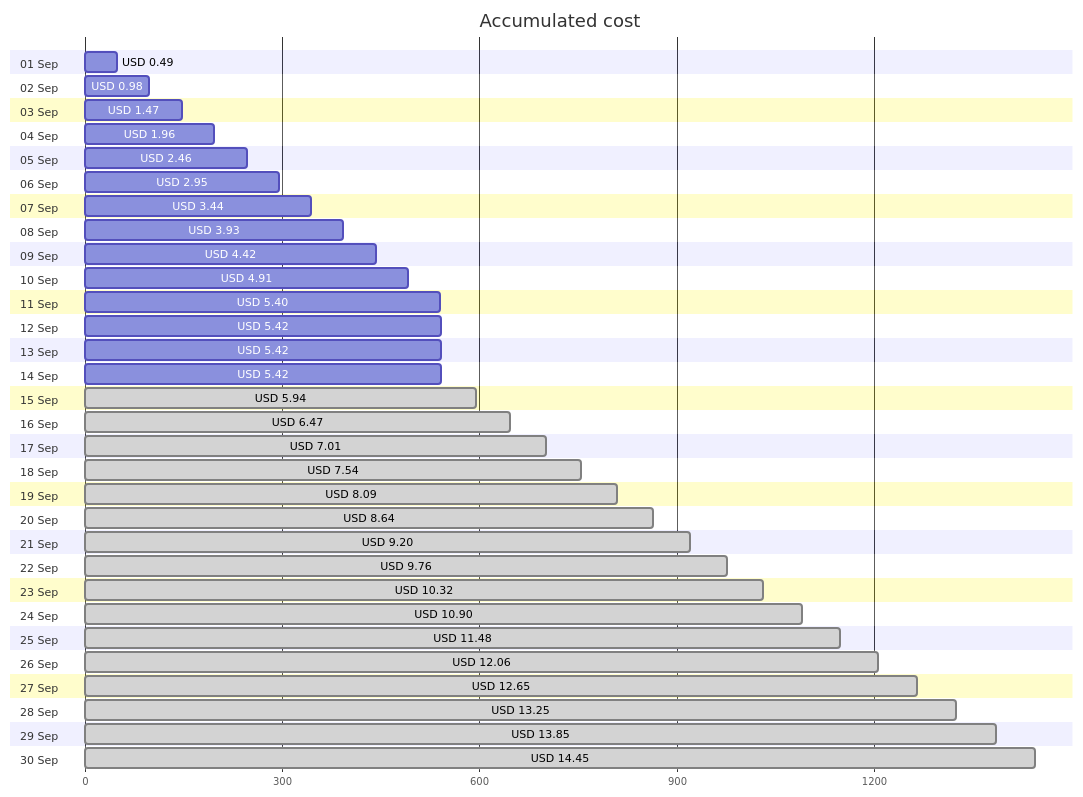
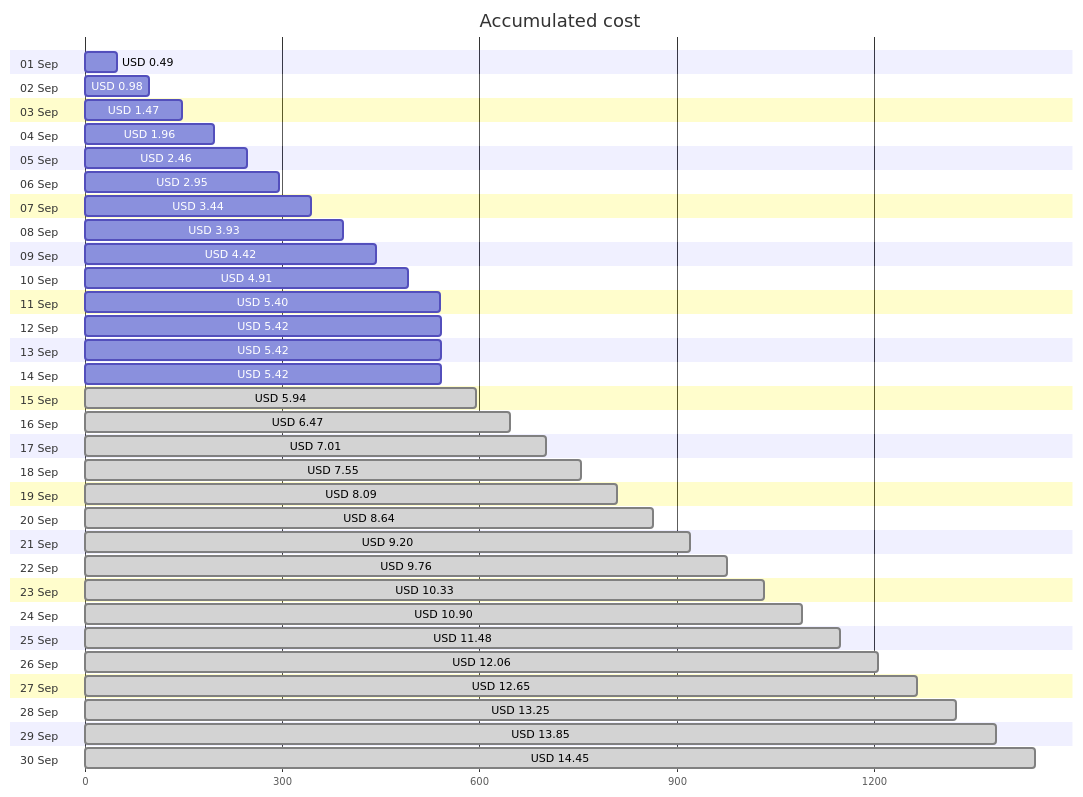
Before and after one commit to jpfulton/azure-personal-reports: the first of 4 diagrams in cost-reports/personal-site/personalsiteapipreview.md, drawn with Mermaid. The commit also changed other lines of this file and 34 other files, not shown here.

````diff
--- a/cost-reports/personal-site/personalsiteapipreview.md
+++ b/cost-reports/personal-site/personalsiteapipreview.md
@@ -20,66 +20,66 @@
 ```mermaid
 gantt
    title Accumulated cost
    dateFormat  X
    axisFormat %s
    section 01 Sep
    USD 0.49 :0, 49
    section 02 Sep
    USD 0.98 :0, 98
    section 03 Sep
    USD 1.47 :0, 147
    section 04 Sep
    USD 1.96 :0, 196
    section 05 Sep
    USD 2.46 :0, 246
    section 06 Sep
    USD 2.95 :0, 295
    section 07 Sep
    USD 3.44 :0, 344
    section 08 Sep
    USD 3.93 :0, 393
    section 09 Sep
    USD 4.42 :0, 442
    section 10 Sep
    USD 4.91 :0, 491
    section 11 Sep
    USD 5.40 :0, 540
    section 12 Sep
    USD 5.42 :0, 542
    section 13 Sep
    USD 5.42 :0, 542
    section 14 Sep
    USD 5.42 :0, 542
    section 15 Sep
    USD 5.94 : done, 0, 594
    section 16 Sep
    USD 6.47 : done, 0, 647
    section 17 Sep
    USD 7.01 : done, 0, 701
    section 18 Sep
-   USD 7.54 : done, 0, 754
+   USD 7.55 : done, 0, 755
    section 19 Sep
    USD 8.09 : done, 0, 809
    section 20 Sep
    USD 8.64 : done, 0, 864
    section 21 Sep
    USD 9.20 : done, 0, 920
    section 22 Sep
    USD 9.76 : done, 0, 976
    section 23 Sep
-   USD 10.32 : done, 0, 1032
+   USD 10.33 : done, 0, 1033
    section 24 Sep
    USD 10.90 : done, 0, 1090
    section 25 Sep
    USD 11.48 : done, 0, 1148
    section 26 Sep
    USD 12.06 : done, 0, 1206
    section 27 Sep
    USD 12.65 : done, 0, 1265
    section 28 Sep
    USD 13.25 : done, 0, 1325
    section 29 Sep
    USD 13.85 : done, 0, 1385
    section 30 Sep
    USD 14.45 : done, 0, 1445
 ```
````
